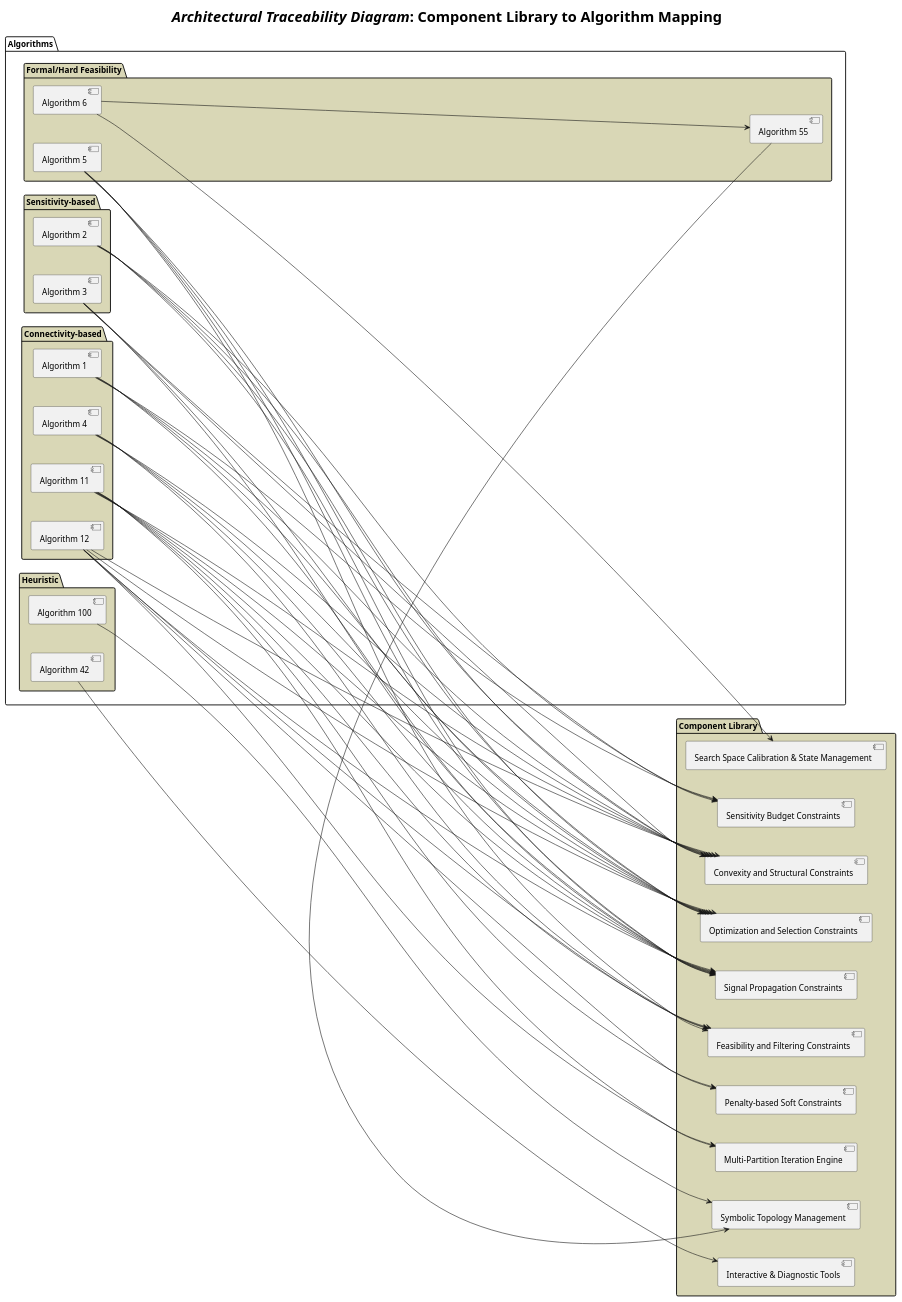
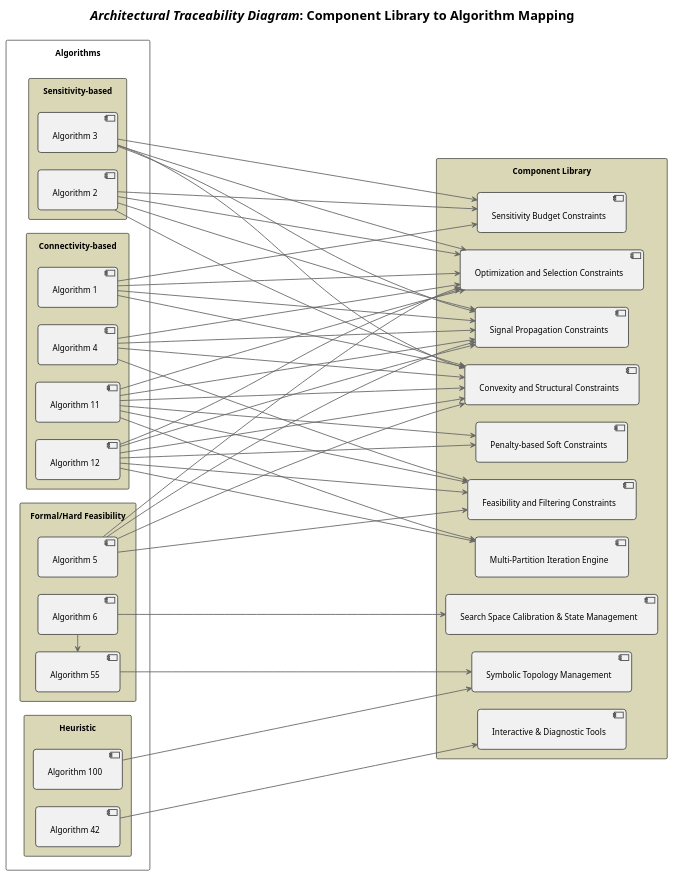
Before and after one commit to LP-RG/subxpat: the diagram in sxpat/docs/subgraph_extraction/architecture_map.puml, drawn with PlantUML.

Commit message:
#202: refactor(architecture): restructure traceability diagram for side-by-side layout

```diff
--- a/sxpat/docs/subgraph_extraction/architecture_map.puml
+++ b/sxpat/docs/subgraph_extraction/architecture_map.puml
@@ -1,114 +1,122 @@
 @startuml architecture_map
 skinparam componentStyle uml2
 left to right direction
 
-skinparam nodesep 50
-skinparam Ranksep 1000
-skinparam titleFontSize 25
+' --- LAYOUT & SPACING FIXES ---
+skinparam nodesep 30
+skinparam Ranksep 550 
+skinparam Padding 10
+
+' --- STYLING & COLORS ---
+skinparam titleFontSize 22
+skinparam packageStyle rectangle
 
 <style>
-node {
-    LineColor black
-    LineThickness 3.0
-    BackgroundColor #D9D7B6
+component {
+    LineColor #4A4A4A
+    LineThickness 1.5
+    RoundCorner 10
+}
+arrow {
+    LineColor #666666
+    LineThickness 1.5
 }
 </style>
 
 title 
     <i>Architectural Traceability Diagram</i>: Component Library to Algorithm Mapping
 end title
-
-package "Component Library" #D9D7B6 {
+package "Component Library" as CL #D9D7B6 {
     [Signal Propagation Constraints] as SP
     [Convexity and Structural Constraints] as CS
     [Optimization and Selection Constraints] as OS
     [Sensitivity Budget Constraints] as SB
     [Feasibility and Filtering Constraints] as FF
     [Penalty-based Soft Constraints] as PS
     [Multi-Partition Iteration Engine] as MPE
     [Search Space Calibration & State Management] as SSCSM
     [Symbolic Topology Management] as STM
     [Interactive & Diagnostic Tools] as IDT
 }
 
-package "Algorithms" {
+package "Algorithms" as ALG {
     package "Connectivity-based" #D9D7B6{
         [Algorithm 1] as A1
         [Algorithm 4] as A4
         [Algorithm 11] as A11
         [Algorithm 12] as A12
     }
     package "Sensitivity-based" #D9D7B6{
         [Algorithm 2] as A2
         [Algorithm 3] as A3
     }
     package "Formal/Hard Feasibility" #D9D7B6{
         [Algorithm 5] as A5
         [Algorithm 6] as A6
         [Algorithm 55] as A55
     }
     package "Heuristic" #D9D7B6{
         [Algorithm 42] as A42
         [Algorithm 100] as A100
     }
 }
 
 ' (Mapping)
 ' mapping dependencies for 'Signal Propagation Constraints'
 A1 --> SP
 A2 --> SP
 A3 --> SP
 A4 --> SP
 A5 --> SP
 A11 --> SP
 A12 --> SP
 
 ' mapping dependencies for 'Convexity and Structural Constraints'
 A1 --> CS
 A2 --> CS
 A3 --> CS
 A4 --> CS
 A5 --> CS
 A11 --> CS
-A12 --> CS
+A12 -right-> CS
 
 ' mapping dependencies for 'Optimization and Selection Constraints'
-A1 --> OS
+A1 -right-> OS
 A2 --> OS
 A3 --> OS
 A4 --> OS
 A5 --> OS
 A11 --> OS
 A12 --> OS
 
 ' mapping dependencies for 'Sensitivity Budget Constraints'
-A1 --> SB
+A1 -right-> SB
 A2 --> SB
 A3 --> SB
 
 ' mapping dependencies for 'Feasibility and Filtering Constraints'
 A4 --> FF
 A5 --> FF
 A11 --> FF
 A12 --> FF
 
 ' mapping dependencies for 'Penalty-based Soft Constraints'
 A11 --> PS
 A12 --> PS
 
 ' mapping dependencies for 'Multi-Partition Iteration Engine'
 A11 --> MPE
-A12 --> MPE
+A12 -right-> MPE
 
 ' mapping dependencies for 'Search Space Calibration & State Management'
-A6 --> SSCSM
+A6 -right-> SSCSM
 
 ' mapping dependencies for 'Symbolic Topology Management'
 A55 --> STM
 A100 --> STM
-A6 --> A55
+A6 -right-> A55
 
 ' mapping dependencies for 'Interactive & Diagnostic Tools'
 A42 --> IDT
 
 @enduml
```
